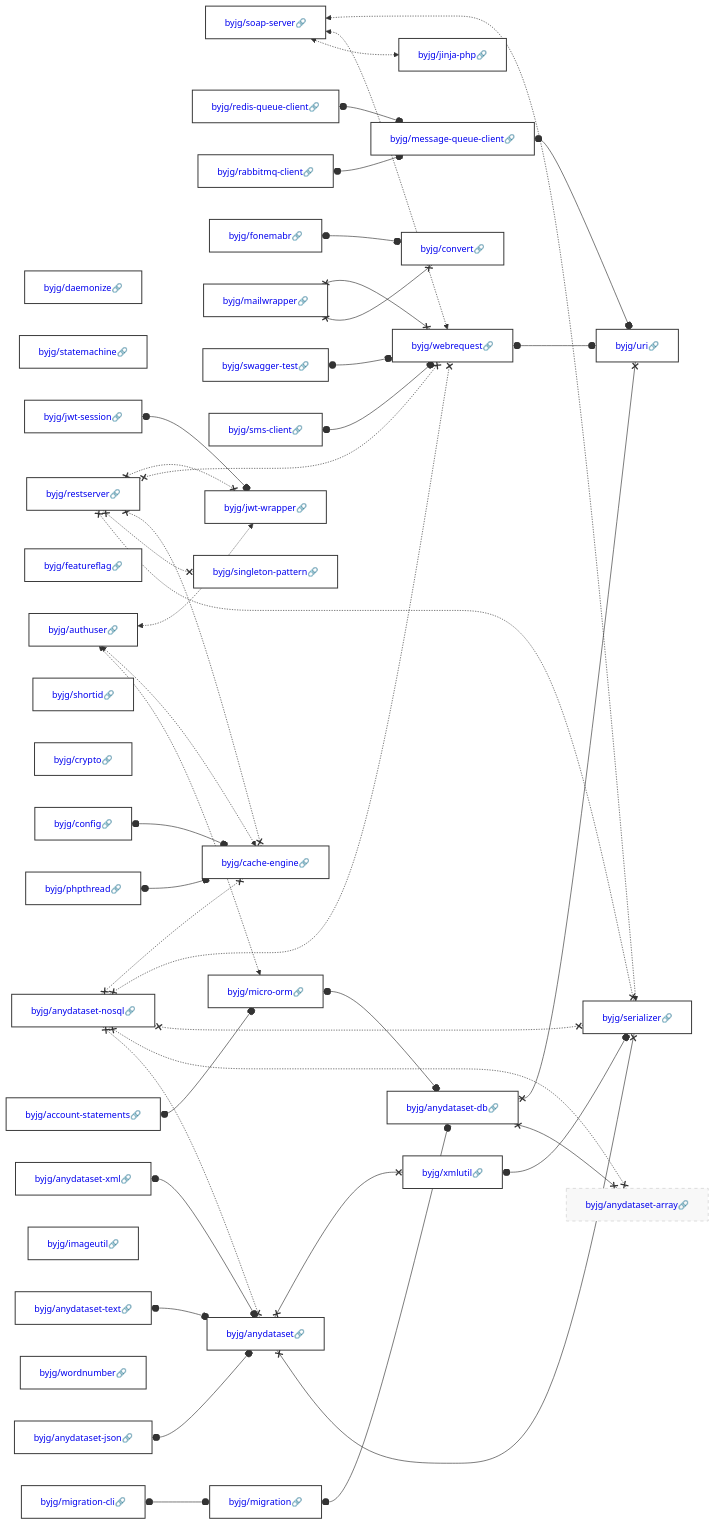
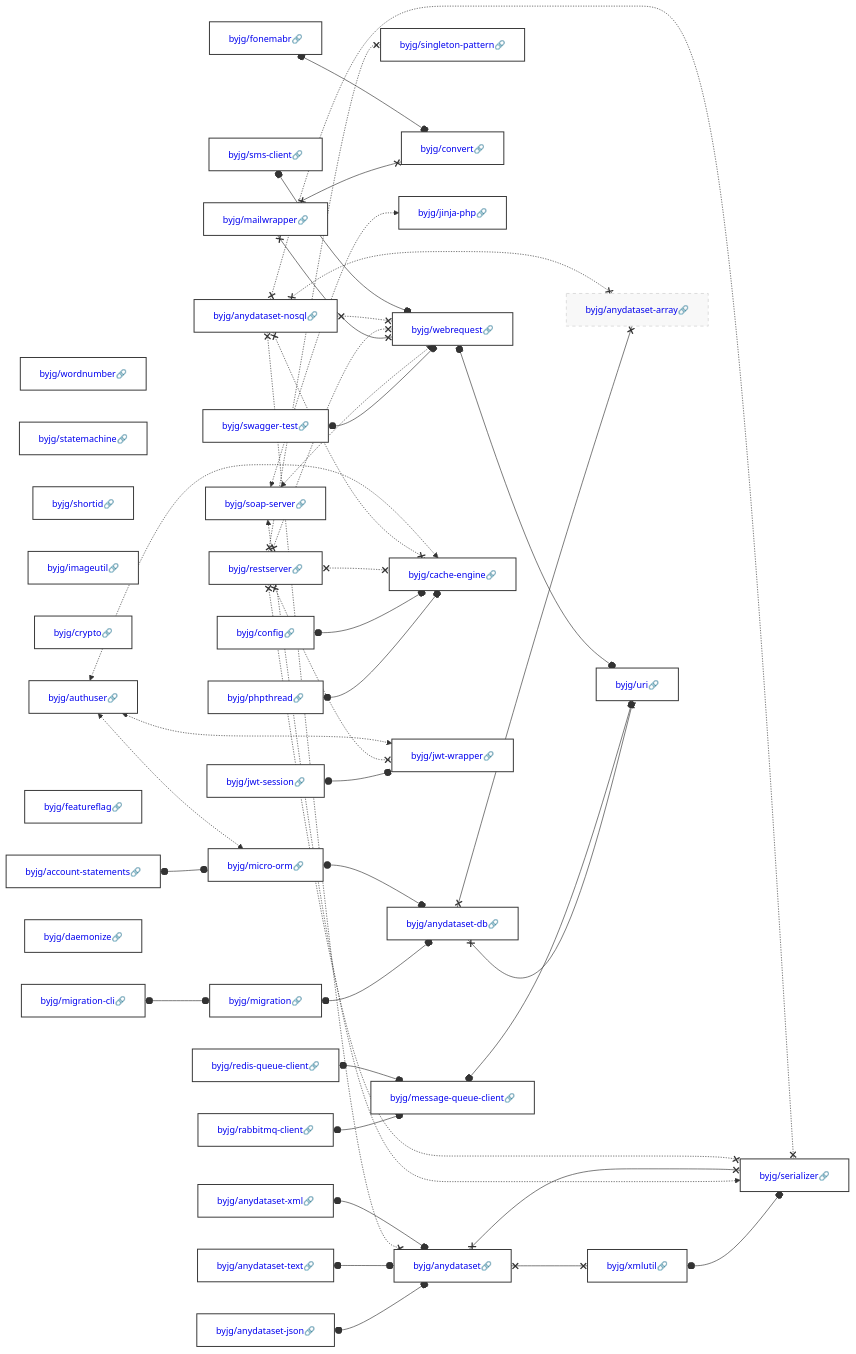
The diagram in docs/php/README.md (byjg/byjg.github.io), drawn with Mermaid before and after one commit. The commit also changed other lines of this file and 1 other file, not shown here.

Commit message:
Update documentation 'php' 'php-singleton-pattern'

````diff
--- a/docs/php/README.md
+++ b/docs/php/README.md
@@ -3,45 +3,45 @@
 ```mermaid
 graph LR;
+  byjg/wordnumber[<a href='https://opensource.byjg.com/docs/php/wordnumber' style='text-decoration:none'>byjg/wordnumber🔗</a>];
+  byjg/statemachine[<a href='https://opensource.byjg.com/docs/php/statemachine' style='text-decoration:none'>byjg/statemachine🔗</a>];
+  byjg/anydataset-xml[<a href='https://opensource.byjg.com/docs/php/anydataset-xml' style='text-decoration:none'>byjg/anydataset-xml🔗</a>];
+  byjg/rabbitmq-client[<a href='https://opensource.byjg.com/docs/php/rabbitmq-client' style='text-decoration:none'>byjg/rabbitmq-client🔗</a>];
+  byjg/shortid[<a href='https://opensource.byjg.com/docs/php/shortid' style='text-decoration:none'>byjg/shortid🔗</a>];
+  byjg/mailwrapper[<a href='https://opensource.byjg.com/docs/php/mailwrapper' style='text-decoration:none'>byjg/mailwrapper🔗</a>];
+  byjg/redis-queue-client[<a href='https://opensource.byjg.com/docs/php/redis-queue-client' style='text-decoration:none'>byjg/redis-queue-client🔗</a>];
+  byjg/restserver[<a href='https://opensource.byjg.com/docs/php/restserver' style='text-decoration:none'>byjg/restserver🔗</a>];
+  byjg/fonemabr[<a href='https://opensource.byjg.com/docs/php/fonemabr' style='text-decoration:none'>byjg/fonemabr🔗</a>];
+  byjg/imageutil[<a href='https://opensource.byjg.com/docs/php/imageutil' style='text-decoration:none'>byjg/imageutil🔗</a>];
+  byjg/crypto[<a href='https://opensource.byjg.com/docs/php/crypto' style='text-decoration:none'>byjg/crypto🔗</a>];
+  byjg/sms-client[<a href='https://opensource.byjg.com/docs/php/sms-client' style='text-decoration:none'>byjg/sms-client🔗</a>];
+  byjg/account-statements[<a href='https://opensource.byjg.com/docs/php/account-statements' style='text-decoration:none'>byjg/account-statements🔗</a>];
+  byjg/featureflag[<a href='https://opensource.byjg.com/docs/php/featureflag' style='text-decoration:none'>byjg/featureflag🔗</a>];
   byjg/soap-server[<a href='https://opensource.byjg.com/docs/php/soap-server' style='text-decoration:none'>byjg/soap-server🔗</a>];
-  byjg/redis-queue-client[<a href='https://opensource.byjg.com/docs/php/redis-queue-client' style='text-decoration:none'>byjg/redis-queue-client🔗</a>];
+  byjg/jwt-session[<a href='https://opensource.byjg.com/docs/php/jwt-session' style='text-decoration:none'>byjg/jwt-session🔗</a>];
+  byjg/migration-cli[<a href='https://opensource.byjg.com/docs/php/migration-cli' style='text-decoration:none'>byjg/migration-cli🔗</a>];
+  byjg/anydataset-text[<a href='https://opensource.byjg.com/docs/php/anydataset-text' style='text-decoration:none'>byjg/anydataset-text🔗</a>];
+  byjg/swagger-test[<a href='https://opensource.byjg.com/docs/php/swagger-test' style='text-decoration:none'>byjg/swagger-test🔗</a>];
+  byjg/anydataset-nosql[<a href='https://opensource.byjg.com/docs/php/anydataset-nosql' style='text-decoration:none'>byjg/anydataset-nosql🔗</a>];
+  byjg/anydataset-json[<a href='https://opensource.byjg.com/docs/php/anydataset-json' style='text-decoration:none'>byjg/anydataset-json🔗</a>];
   byjg/daemonize[<a href='https://opensource.byjg.com/docs/php/daemonize' style='text-decoration:none'>byjg/daemonize🔗</a>];
-  byjg/statemachine[<a href='https://opensource.byjg.com/docs/php/statemachine' style='text-decoration:none'>byjg/statemachine🔗</a>];
-  byjg/rabbitmq-client[<a href='https://opensource.byjg.com/docs/php/rabbitmq-client' style='text-decoration:none'>byjg/rabbitmq-client🔗</a>];
   byjg/phpthread[<a href='https://opensource.byjg.com/docs/php/phpthread' style='text-decoration:none'>byjg/phpthread🔗</a>];
-  byjg/restserver[<a href='https://opensource.byjg.com/docs/php/restserver' style='text-decoration:none'>byjg/restserver🔗</a>];
-  byjg/featureflag[<a href='https://opensource.byjg.com/docs/php/featureflag' style='text-decoration:none'>byjg/featureflag🔗</a>];
+  byjg/config[<a href='https://opensource.byjg.com/docs/php/config' style='text-decoration:none'>byjg/config🔗</a>];
   byjg/authuser[<a href='https://opensource.byjg.com/docs/php/authuser' style='text-decoration:none'>byjg/authuser🔗</a>];
-  byjg/shortid[<a href='https://opensource.byjg.com/docs/php/shortid' style='text-decoration:none'>byjg/shortid🔗</a>];
-  byjg/crypto[<a href='https://opensource.byjg.com/docs/php/crypto' style='text-decoration:none'>byjg/crypto🔗</a>];
-  byjg/jwt-session[<a href='https://opensource.byjg.com/docs/php/jwt-session' style='text-decoration:none'>byjg/jwt-session🔗</a>];
-  byjg/account-statements[<a href='https://opensource.byjg.com/docs/php/account-statements' style='text-decoration:none'>byjg/account-statements🔗</a>];
-  byjg/fonemabr[<a href='https://opensource.byjg.com/docs/php/fonemabr' style='text-decoration:none'>byjg/fonemabr🔗</a>];
-  byjg/mailwrapper[<a href='https://opensource.byjg.com/docs/php/mailwrapper' style='text-decoration:none'>byjg/mailwrapper🔗</a>];
-  byjg/config[<a href='https://opensource.byjg.com/docs/php/config' style='text-decoration:none'>byjg/config🔗</a>];
-  byjg/swagger-test[<a href='https://opensource.byjg.com/docs/php/swagger-test' style='text-decoration:none'>byjg/swagger-test🔗</a>];
-  byjg/anydataset-json[<a href='https://opensource.byjg.com/docs/php/anydataset-json' style='text-decoration:none'>byjg/anydataset-json🔗</a>];
-  byjg/migration-cli[<a href='https://opensource.byjg.com/docs/php/migration-cli' style='text-decoration:none'>byjg/migration-cli🔗</a>];
-  byjg/imageutil[<a href='https://opensource.byjg.com/docs/php/imageutil' style='text-decoration:none'>byjg/imageutil🔗</a>];
-  byjg/anydataset-nosql[<a href='https://opensource.byjg.com/docs/php/anydataset-nosql' style='text-decoration:none'>byjg/anydataset-nosql🔗</a>];
-  byjg/wordnumber[<a href='https://opensource.byjg.com/docs/php/wordnumber' style='text-decoration:none'>byjg/wordnumber🔗</a>];
-  byjg/sms-client[<a href='https://opensource.byjg.com/docs/php/sms-client' style='text-decoration:none'>byjg/sms-client🔗</a>];
-  byjg/anydataset-xml[<a href='https://opensource.byjg.com/docs/php/anydataset-xml' style='text-decoration:none'>byjg/anydataset-xml🔗</a>];
-  byjg/anydataset-text[<a href='https://opensource.byjg.com/docs/php/anydataset-text' style='text-decoration:none'>byjg/anydataset-text🔗</a>];
-  byjg/jinja-php[<a href='https://opensource.byjg.com/docs/php/jinja-php' style='text-decoration:none'>byjg/jinja-php🔗</a>];
   byjg/message-queue-client[<a href='https://opensource.byjg.com/docs/php/message-queue-client' style='text-decoration:none'>byjg/message-queue-client🔗</a>];
   byjg/singleton-pattern[<a href='https://opensource.byjg.com/docs/php/singleton-pattern' style='text-decoration:none'>byjg/singleton-pattern🔗</a>];
-  byjg/jwt-wrapper[<a href='https://opensource.byjg.com/docs/php/jwt-wrapper' style='text-decoration:none'>byjg/jwt-wrapper🔗</a>];
-  byjg/micro-orm[<a href='https://opensource.byjg.com/docs/php/micro-orm' style='text-decoration:none'>byjg/micro-orm🔗</a>];
   byjg/convert[<a href='https://opensource.byjg.com/docs/php/convert' style='text-decoration:none'>byjg/convert🔗</a>];
+  byjg/jinja-php[<a href='https://opensource.byjg.com/docs/php/jinja-php' style='text-decoration:none'>byjg/jinja-php🔗</a>];
   byjg/migration[<a href='https://opensource.byjg.com/docs/php/migration' style='text-decoration:none'>byjg/migration🔗</a>];
-  byjg/cache-engine[<a href='https://opensource.byjg.com/docs/php/cache-engine' style='text-decoration:none'>byjg/cache-engine🔗</a>];
   byjg/webrequest[<a href='https://opensource.byjg.com/docs/php/webrequest' style='text-decoration:none'>byjg/webrequest🔗</a>];
   byjg/anydataset[<a href='https://opensource.byjg.com/docs/php/anydataset' style='text-decoration:none'>byjg/anydataset🔗</a>];
+  byjg/micro-orm[<a href='https://opensource.byjg.com/docs/php/micro-orm' style='text-decoration:none'>byjg/micro-orm🔗</a>];
+  byjg/cache-engine[<a href='https://opensource.byjg.com/docs/php/cache-engine' style='text-decoration:none'>byjg/cache-engine🔗</a>];
+  byjg/jwt-wrapper[<a href='https://opensource.byjg.com/docs/php/jwt-wrapper' style='text-decoration:none'>byjg/jwt-wrapper🔗</a>];
+  byjg/xmlutil[<a href='https://opensource.byjg.com/docs/php/xmlutil' style='text-decoration:none'>byjg/xmlutil🔗</a>];
   byjg/anydataset-db[<a href='https://opensource.byjg.com/docs/php/anydataset-db' style='text-decoration:none'>byjg/anydataset-db🔗</a>];
-  byjg/xmlutil[<a href='https://opensource.byjg.com/docs/php/xmlutil' style='text-decoration:none'>byjg/xmlutil🔗</a>];
+  byjg/serializer[<a href='https://opensource.byjg.com/docs/php/serializer' style='text-decoration:none'>byjg/serializer🔗</a>];
   byjg/anydataset-array[<a href='https://opensource.byjg.com/docs/php/anydataset-array' style='text-decoration:none'>byjg/anydataset-array🔗</a>];
   byjg/uri[<a href='https://opensource.byjg.com/docs/php/uri' style='text-decoration:none'>byjg/uri🔗</a>];
-  byjg/serializer[<a href='https://opensource.byjg.com/docs/php/serializer' style='text-decoration:none'>byjg/serializer🔗</a>];
   byjg/xmlutil o--o byjg/serializer;
   byjg/rabbitmq-client o--o byjg/message-queue-client;
   byjg/migration o--o byjg/anydataset-db;
````
